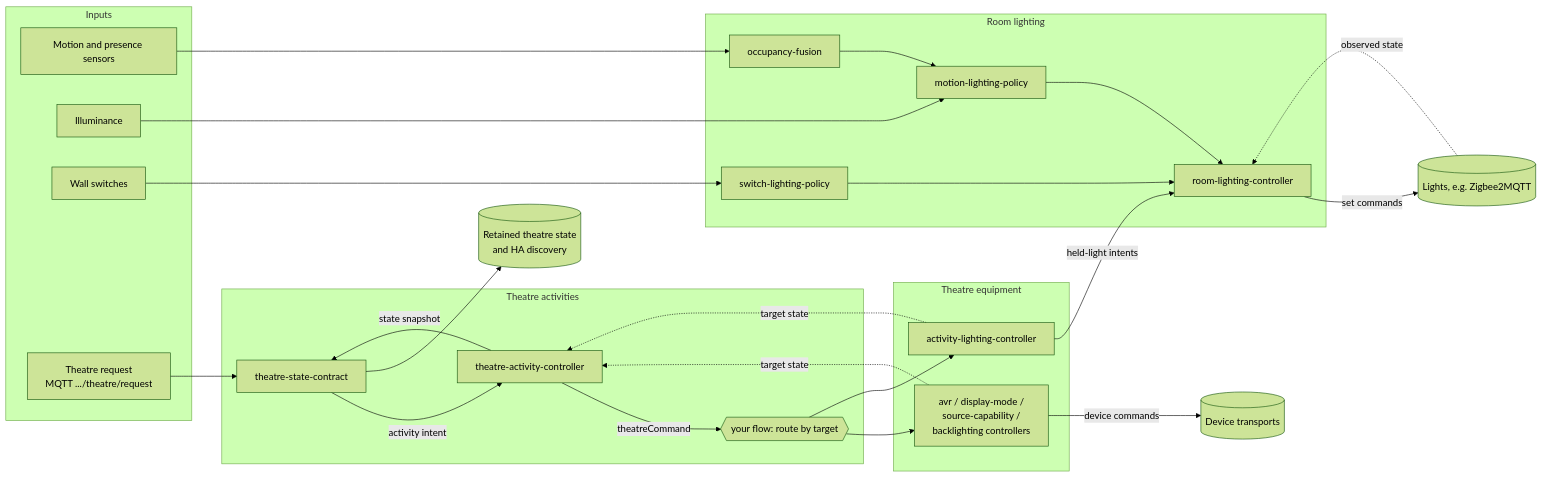
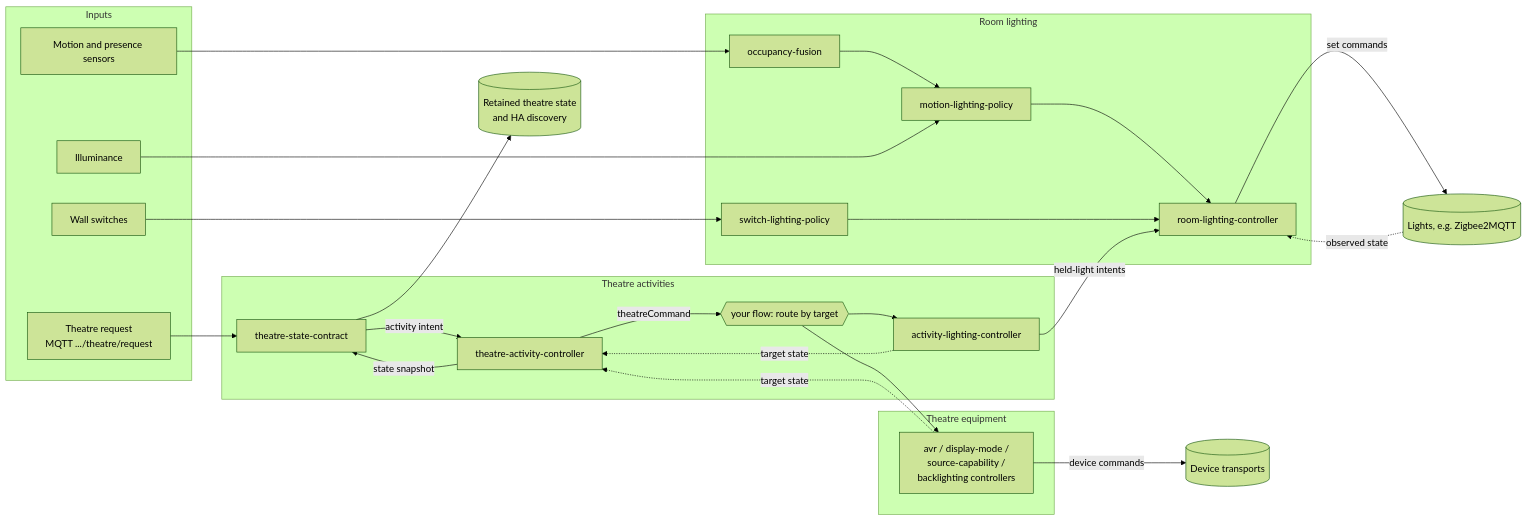
The diagram in README.md (avantics-hq/node-red-home-automation), drawn with Mermaid (forest theme) before and after one commit. The commit also changed other lines of this file, not shown here.

Commit message:
Place activity lighting with the activities in the README diagram

````diff
--- a/README.md
+++ b/README.md
@@ -23,46 +23,46 @@
 ```mermaid
 flowchart LR
   subgraph In[Inputs]
     SENS[Motion and presence sensors]
     LUX[Illuminance]
     WALL[Wall switches]
     REQ[Theatre request<br/>MQTT .../theatre/request]
   end
   subgraph Room[Room lighting]
     OCC[occupancy-fusion]
     MOT[motion-lighting-policy]
     SW[switch-lighting-policy]
     ROOM[room-lighting-controller]
   end
   subgraph Act[Theatre activities]
     CON[theatre-state-contract]
     ACT[theatre-activity-controller]
     ROUTE{{your flow: route by target}}
+    AL[activity-lighting-controller]
   end
   subgraph Eq[Theatre equipment]
     EQ[avr / display-mode /<br/>source-capability /<br/>backlighting controllers]
-    AL[activity-lighting-controller]
   end
   LIGHTS[(Lights, e.g. Zigbee2MQTT)]
   DEV[(Device transports)]
   STATE[(Retained theatre state<br/>and HA discovery)]
 
   SENS --> OCC --> MOT
   LUX --> MOT
   WALL --> SW
   MOT --> ROOM
   SW --> ROOM
   ROOM -- set commands --> LIGHTS
   LIGHTS -. observed state .-> ROOM
   REQ --> CON
   CON -- activity intent --> ACT
   ACT -- state snapshot --> CON
   CON --> STATE
   ACT -- theatreCommand --> ROUTE
   ROUTE --> EQ
   ROUTE --> AL
   EQ -- device commands --> DEV
   EQ -. target state .-> ACT
   AL -. target state .-> ACT
   AL -- held-light intents --> ROOM
 ```
````
